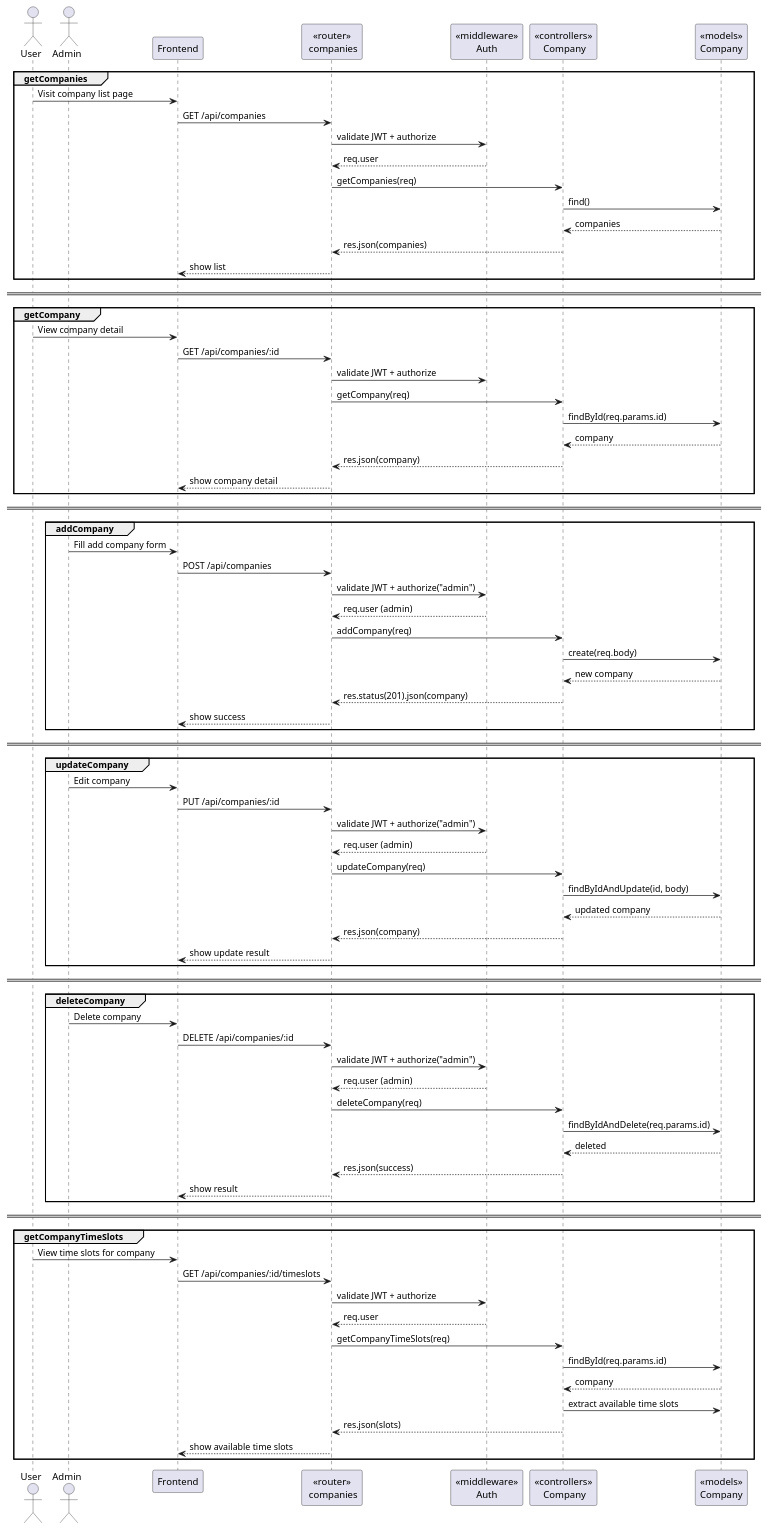
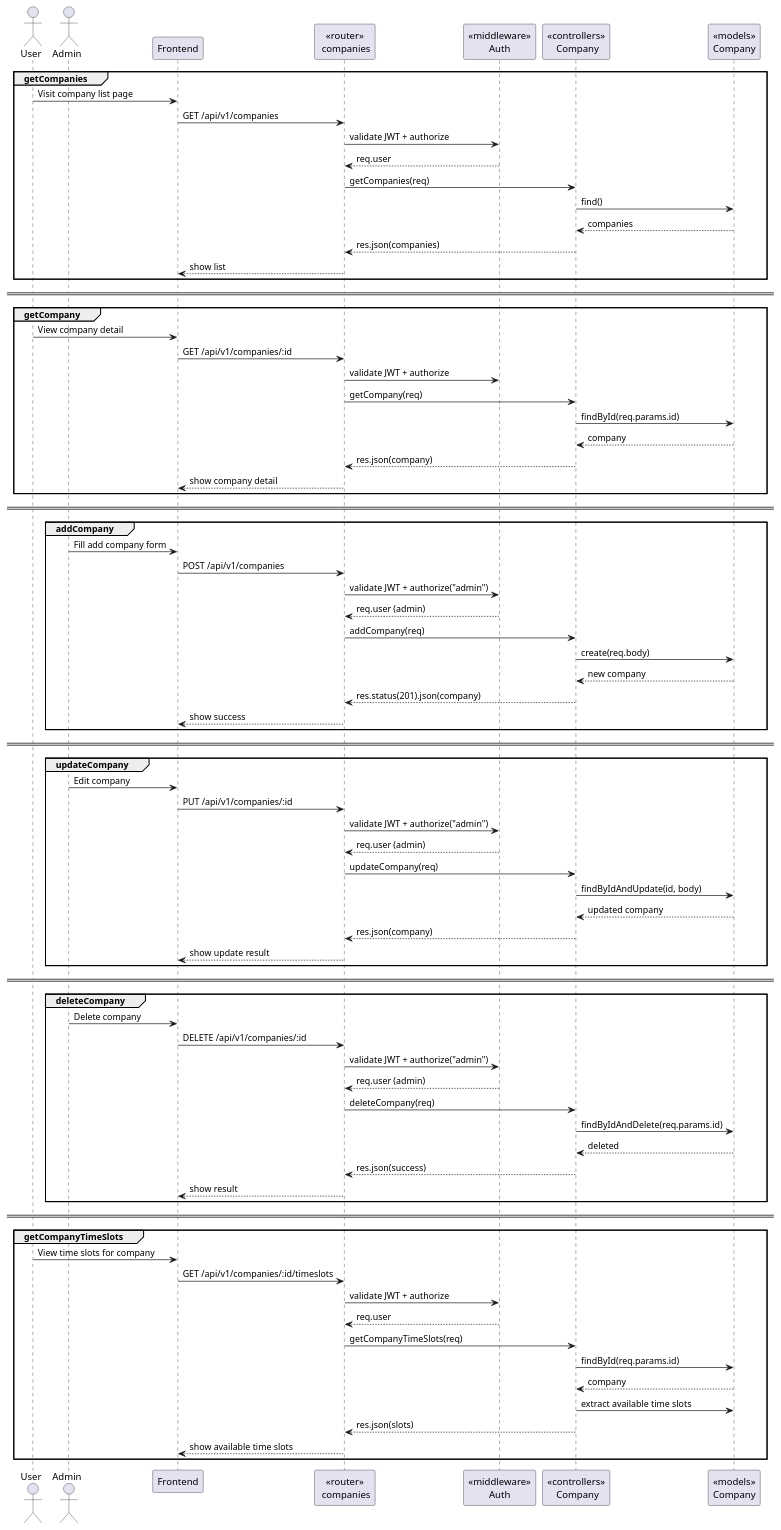
The diagram in utils/plantUML/code/company.puml (sw-dev-prac-final-project/backend), drawn with PlantUML before and after one commit. The commit also changed 5 other files, not shown here.

Commit message:
fix: route /api/v1 in sequence siagram

```diff
--- a/utils/plantUML/code/company.puml
+++ b/utils/plantUML/code/company.puml
@@ -1,92 +1,92 @@
 @startuml company
 actor User
 actor Admin
 participant "Frontend" as FE
 participant "<<router>>\n companies" as Router
 participant "<<middleware>>\nAuth" as Auth
 participant "<<controllers>>\n Company" as Controller
 participant "<<models>>\nCompany" as CompanyModel
 
 group getCompanies
 User -> FE : Visit company list page
-FE -> Router : GET /api/companies
+FE -> Router : GET /api/v1/companies
 Router -> Auth : validate JWT + authorize
 Auth --> Router : req.user
 Router -> Controller : getCompanies(req)
 Controller -> CompanyModel : find()
 CompanyModel --> Controller : companies
 Controller --> Router : res.json(companies)
 Router --> FE : show list
 end
 
 == ==
 
 group getCompany
 User -> FE : View company detail
-FE -> Router : GET /api/companies/:id
+FE -> Router : GET /api/v1/companies/:id
 Router -> Auth : validate JWT + authorize
 Router -> Controller : getCompany(req)
 Controller -> CompanyModel : findById(req.params.id)
 CompanyModel --> Controller : company
 Controller --> Router : res.json(company)
 Router --> FE : show company detail
 end
 
 == ==
 
 group addCompany
 Admin -> FE : Fill add company form
-FE -> Router : POST /api/companies
+FE -> Router : POST /api/v1/companies
 Router -> Auth : validate JWT + authorize("admin")
 Auth --> Router : req.user (admin)
 Router -> Controller : addCompany(req)
 Controller -> CompanyModel : create(req.body)
 CompanyModel --> Controller : new company
 Controller --> Router : res.status(201).json(company)
 Router --> FE : show success
 end
 
 == ==
 
 group updateCompany
 Admin -> FE : Edit company
-FE -> Router : PUT /api/companies/:id
+FE -> Router : PUT /api/v1/companies/:id
 Router -> Auth : validate JWT + authorize("admin")
 Auth --> Router : req.user (admin)
 Router -> Controller : updateCompany(req)
 Controller -> CompanyModel : findByIdAndUpdate(id, body)
 CompanyModel --> Controller : updated company
 Controller --> Router : res.json(company)
 Router --> FE : show update result
 end
 
 == ==
 
 group deleteCompany
 Admin -> FE : Delete company
-FE -> Router : DELETE /api/companies/:id
+FE -> Router : DELETE /api/v1/companies/:id
 Router -> Auth : validate JWT + authorize("admin")
 Auth --> Router : req.user (admin)
 Router -> Controller : deleteCompany(req)
 Controller -> CompanyModel : findByIdAndDelete(req.params.id)
 CompanyModel --> Controller : deleted
 Controller --> Router : res.json(success)
 Router --> FE : show result
 end
 
 == ==
 
 group getCompanyTimeSlots
 User -> FE : View time slots for company
-FE -> Router : GET /api/companies/:id/timeslots
+FE -> Router : GET /api/v1/companies/:id/timeslots
 Router -> Auth : validate JWT + authorize
 Auth --> Router : req.user
 Router -> Controller : getCompanyTimeSlots(req)
 Controller -> CompanyModel : findById(req.params.id)
 CompanyModel --> Controller : company
 Controller -> CompanyModel : extract available time slots
 Controller --> Router : res.json(slots)
 Router --> FE : show available time slots
 end
 
 @enduml
```
